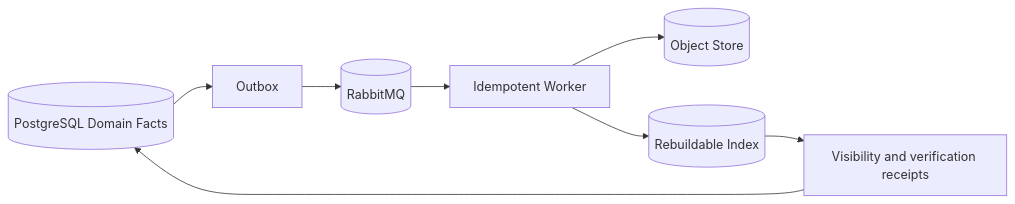
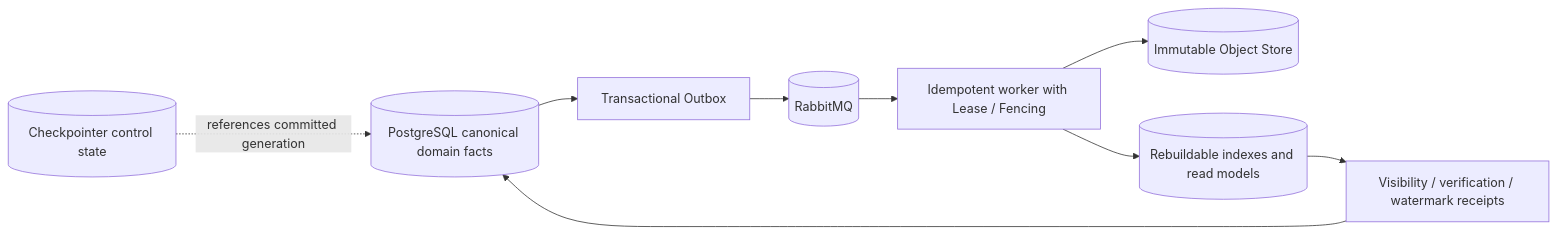
Diagram 11 of 30 in .agent/architecture/architecture-views.md (ProfessorZhi/Zuno), drawn with Mermaid before and after one commit. The commit also changed other lines of this file and 22 other files, not shown here.

Commit message:
docs: realign total architecture with canonical modules

````diff
--- a/.agent/architecture/architecture-views.md
+++ b/.agent/architecture/architecture-views.md
@@ -174,10 +192,11 @@
 ```mermaid
 flowchart LR
-  PG[(PostgreSQL Domain Facts)] --> OUTBOX[Outbox]
+  PG[(PostgreSQL canonical domain facts)] --> OUTBOX[Transactional Outbox]
   OUTBOX --> Q[(RabbitMQ)]
-  Q --> WORKER[Idempotent Worker]
-  WORKER --> OBJ[(Object Store)]
-  WORKER --> INDEX[(Rebuildable Index)]
-  INDEX --> RECEIPT[Visibility and verification receipts]
+  Q --> WORKER[Idempotent worker with Lease / Fencing]
+  WORKER --> OBJ[(Immutable Object Store)]
+  WORKER --> PROJ[(Rebuildable indexes and read models)]
+  PROJ --> RECEIPT[Visibility / verification / watermark receipts]
   RECEIPT --> PG
+  CHECK[(Checkpointer control state)] -. references committed generation .-> PG
 ```
````
